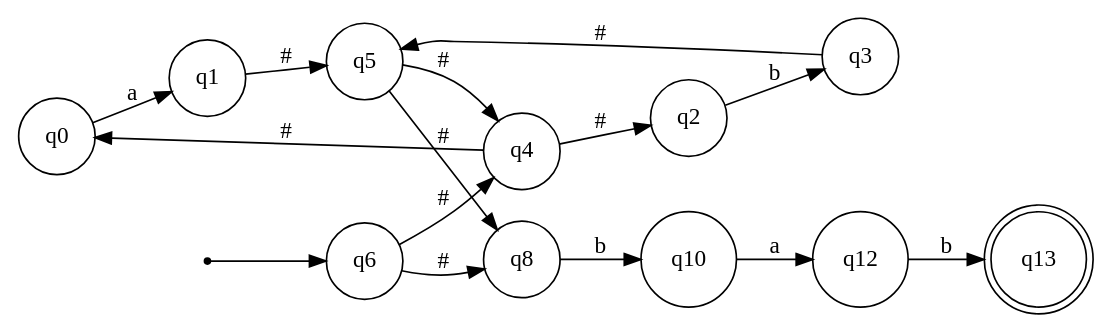
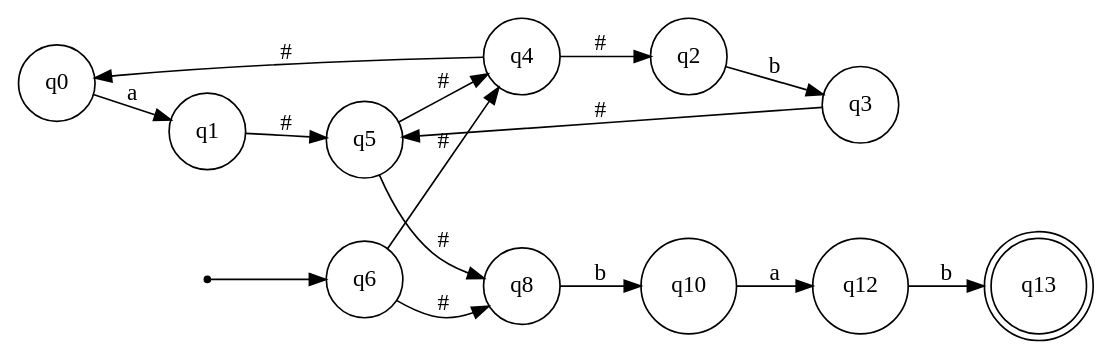
One commit to grvaldes/Compilateur_C changed the diagram in files/nfa.dot. Above: the diagram before and after it, drawn with Graphviz. The commit also changed other lines of this file and 16 other files, not shown here.

```diff
--- a/files/nfa.dot
+++ b/files/nfa.dot
@@ -1,30 +1,30 @@
 digraph Automaton {
   rankdir=LR;
   node [shape=circle];
   q0;
   q1;
   q2;
   q3;
+  q5;
   q4;
-  q5;
   q6;
   q8;
   q10;
   q12;
   q13 [shape=doublecircle];
   start_q6 [shape=point];
   start_q6 -> q6;
   q0 -> q1 [label="a"];
   q2 -> q3 [label="b"];
   q4 -> q0 [label="#"];
   q4 -> q2 [label="#"];
   q1 -> q5 [label="#"];
   q3 -> q5 [label="#"];
   q6 -> q4 [label="#"];
   q6 -> q8 [label="#"];
   q5 -> q4 [label="#"];
   q5 -> q8 [label="#"];
   q8 -> q10 [label="b"];
   q10 -> q12 [label="a"];
   q12 -> q13 [label="b"];
 }
```
